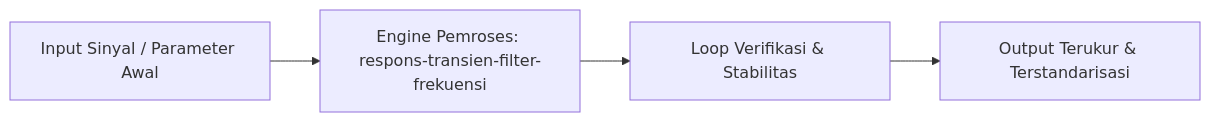
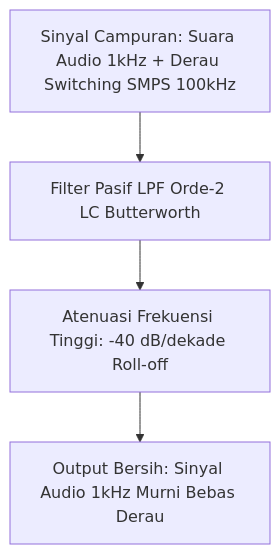
One commit to Rizki2204/ultimate-learning-paths changed the diagram in curriculum/03-rangkaian-mikroelektronika/040-respons-transien-filter-frekuensi.md. Above: the diagram before and after it, drawn with Mermaid. The commit also changed other lines of this file and 271 other files, not shown here.

````diff
--- a/curriculum/03-rangkaian-mikroelektronika/040-respons-transien-filter-frekuensi.md
+++ b/curriculum/03-rangkaian-mikroelektronika/040-respons-transien-filter-frekuensi.md
@@ -17,6 +43,6 @@
 ```mermaid
-graph LR
-    Input["Input Sinyal / Parameter Awal"] --> Engine["Engine Pemroses: respons-transien-filter-frekuensi"]
-    Engine --> Feedback["Loop Verifikasi & Stabilitas"]
-    Feedback --> Output["Output Terukur & Terstandarisasi"]
+graph TD
+    InputSignal["Sinyal Campuran: Suara Audio 1kHz + Derau Switching SMPS 100kHz"] --> Filter["Filter Pasif LPF Orde-2 LC Butterworth"]
+    Filter --> Attenuation["Atenuasi Frekuensi Tinggi: -40 dB/dekade Roll-off"]
+    Attenuation --> CleanSignal["Output Bersih: Sinyal Audio 1kHz Murni Bebas Derau"]
 ```
````
